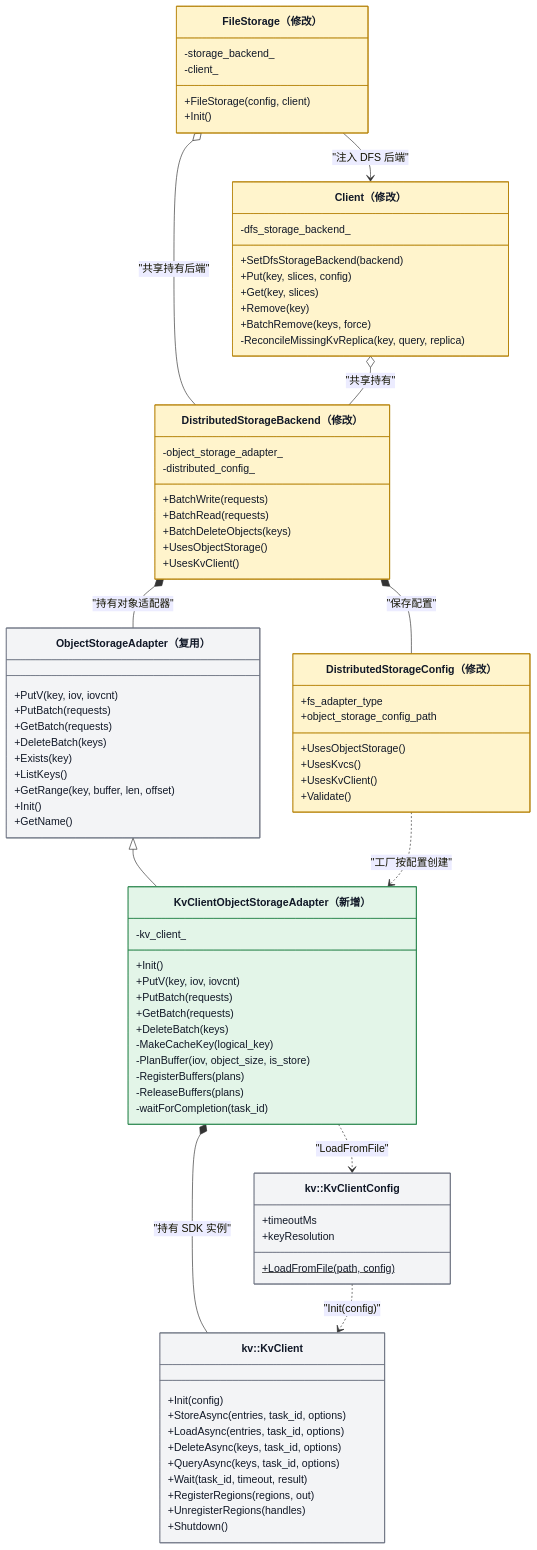
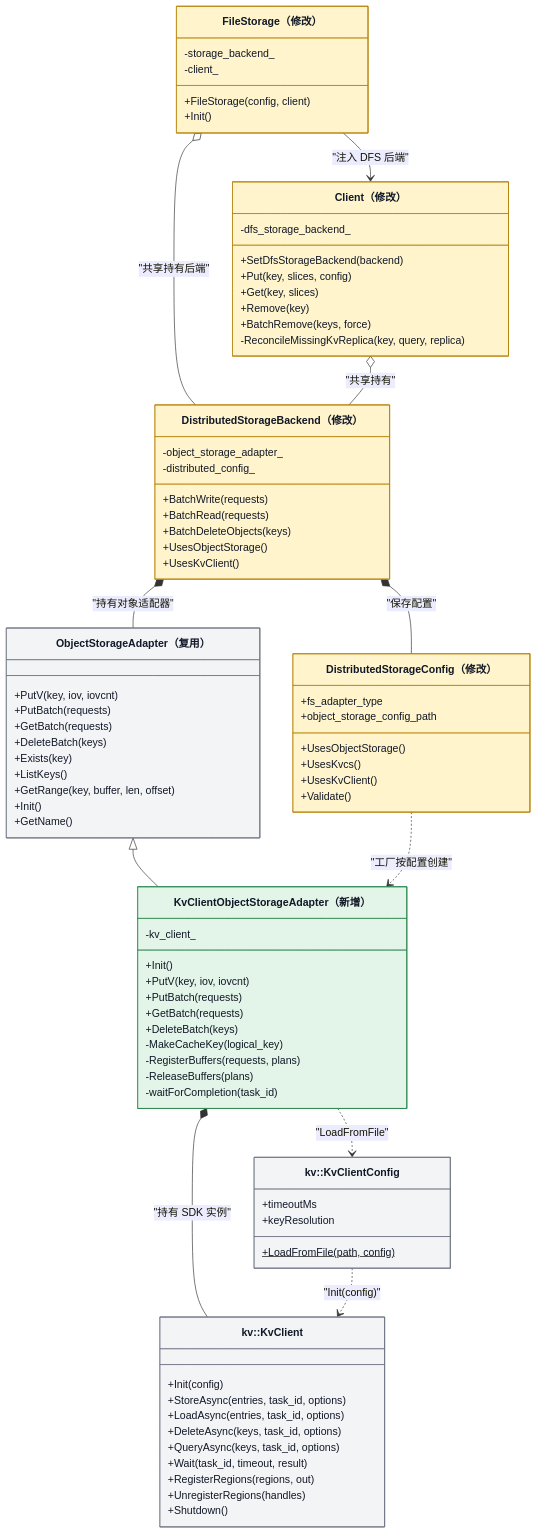
One commit to zwj20000328-dotcom/Mooncake-documents changed the second of 13 diagrams in Mooncake + KVClient L3 接入（Kvcs）- v3.md. Above: the diagram before and after it, drawn with Mermaid. The commit also changed other lines of this file, not shown here.

Commit message:
docs: fold buffer validation into RegisterBuffers

```diff
--- a/Mooncake + KVClient L3 接入（Kvcs）- v3.md
+++ b/Mooncake + KVClient L3 接入（Kvcs）- v3.md
@@ -181,8 +181,7 @@
         +GetBatch(requests)
         +DeleteBatch(keys)
         -MakeCacheKey(logical_key)
-        -PlanBuffer(iov, object_size, is_store)
-        -RegisterBuffers(plans)
+        -RegisterBuffers(requests, plans)
         -ReleaseBuffers(plans)
         -waitForCompletion(task_id)
     }
```
